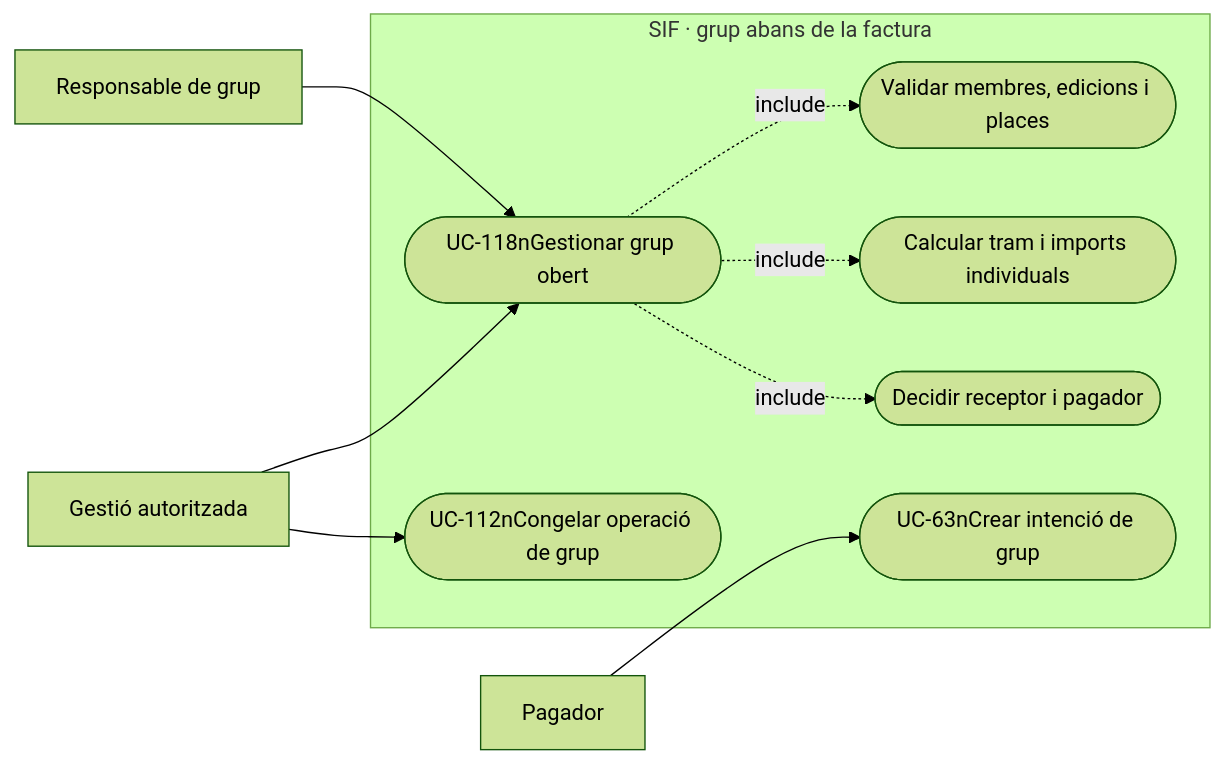
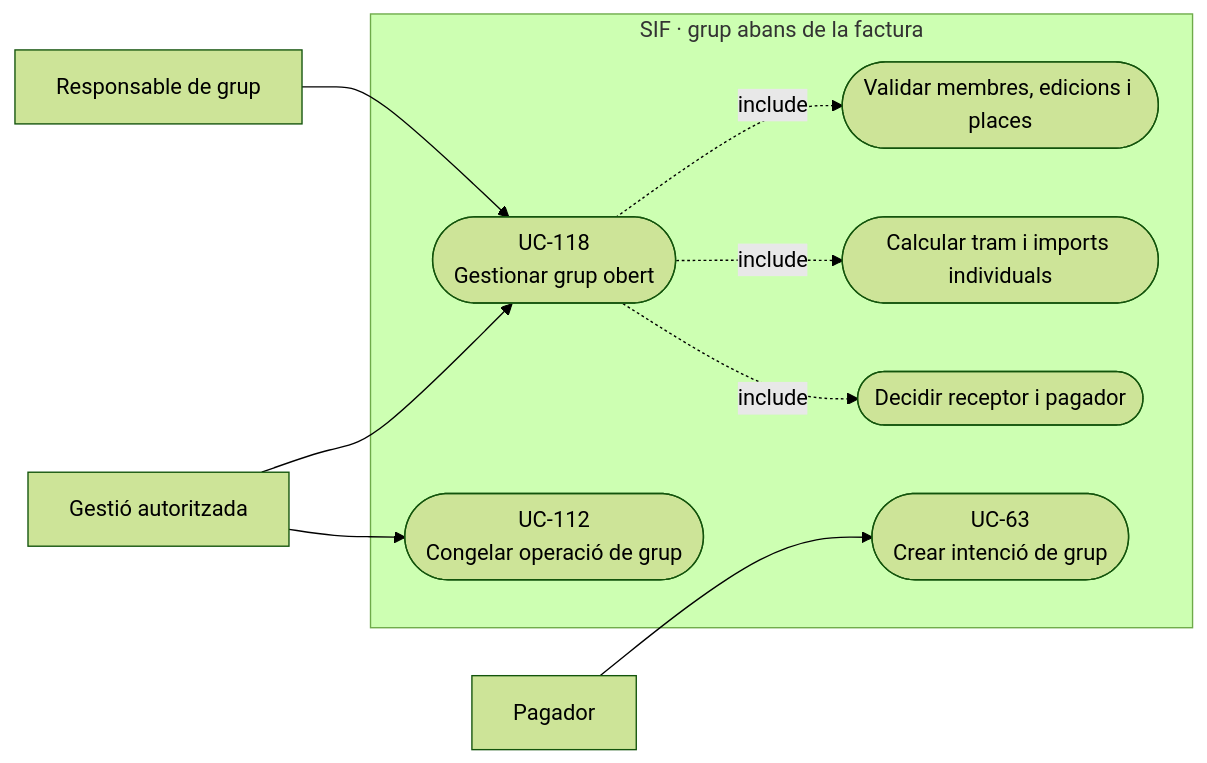
The second of 4 diagrams in documentacio/07-uml-integrat/uc-118-gestionar-grup-abans-facturar.md (orgmeriemprismacat-del/verifactu), drawn with Mermaid (forest theme) before and after one commit.

Commit message:
docs(uml): corregir salts Mermaid UC-118

````diff
--- a/documentacio/07-uml-integrat/uc-118-gestionar-grup-abans-facturar.md
+++ b/documentacio/07-uml-integrat/uc-118-gestionar-grup-abans-facturar.md
@@ -92,21 +92,21 @@
 ```mermaid
 flowchart LR
   a_0["Responsable de grup"]
   a_1["Gestió autoritzada"]
   a_2["Pagador"]
   subgraph SIF_BOUNDARY["SIF · grup abans de la factura"]
-    u_0(["UC-118nGestionar grup obert"])
+    u_0(["UC-118<br/>Gestionar grup obert"])
     u_1(["Validar membres, edicions i places"])
     u_2(["Calcular tram i imports individuals"])
     u_3(["Decidir receptor i pagador"])
-    u_4(["UC-112nCongelar operació de grup"])
-    u_5(["UC-63nCrear intenció de grup"])
+    u_4(["UC-112<br/>Congelar operació de grup"])
+    u_5(["UC-63<br/>Crear intenció de grup"])
   end
   a_0 --> u_0
   a_1 --> u_0
   a_2 --> u_5
   u_0 -.->|include| u_1
   u_0 -.->|include| u_2
   u_0 -.->|include| u_3
   a_1 --> u_4
 ```
````
